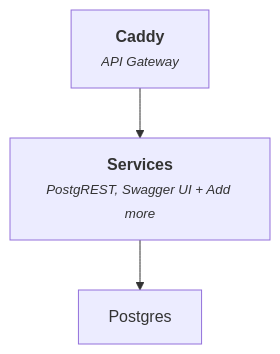
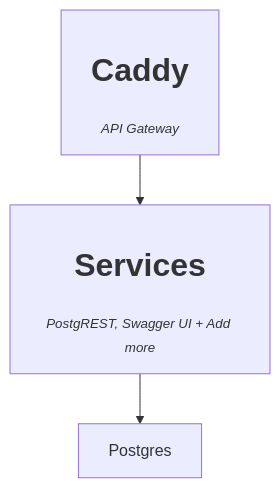
Before and after one commit to explodinglabs/superstack: the diagram in README.md, drawn with Mermaid.

Commit message:
Adjust diagram

````diff
--- a/README.md
+++ b/README.md
@@ -14,6 +14,6 @@
 ```mermaid
 flowchart TD
-    Caddy["<b>Caddy</b><br><small><i>API Gateway</i></small>"]
-    Caddy --> Middleware["<b>Services</b><br><small><i>PostgREST, Swagger UI + Add more</i></small>"]
+    Caddy["<h1>Caddy</h1><small><i>API Gateway</i></small>"]
+    Caddy --> Middleware["<h1>Services</h1><small><i>PostgREST, Swagger UI + Add more</i></small>"]
     Middleware --> Postgres
 ```
````
